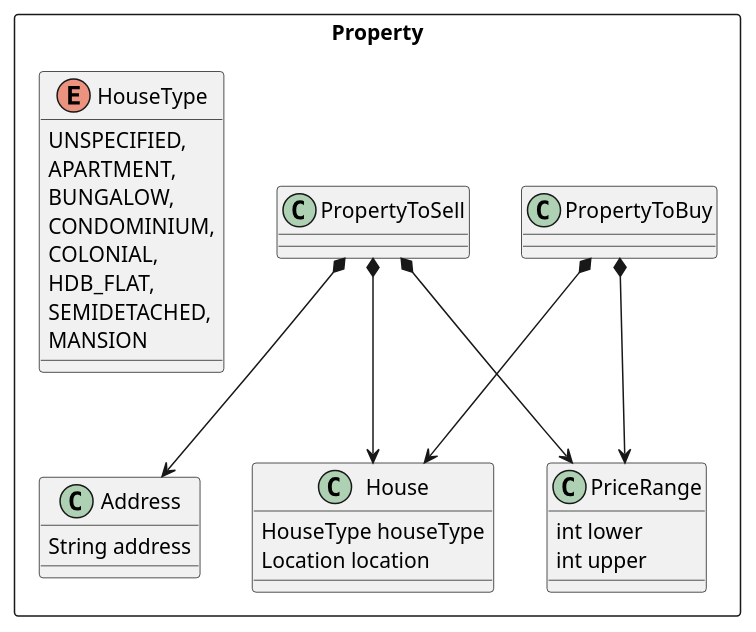
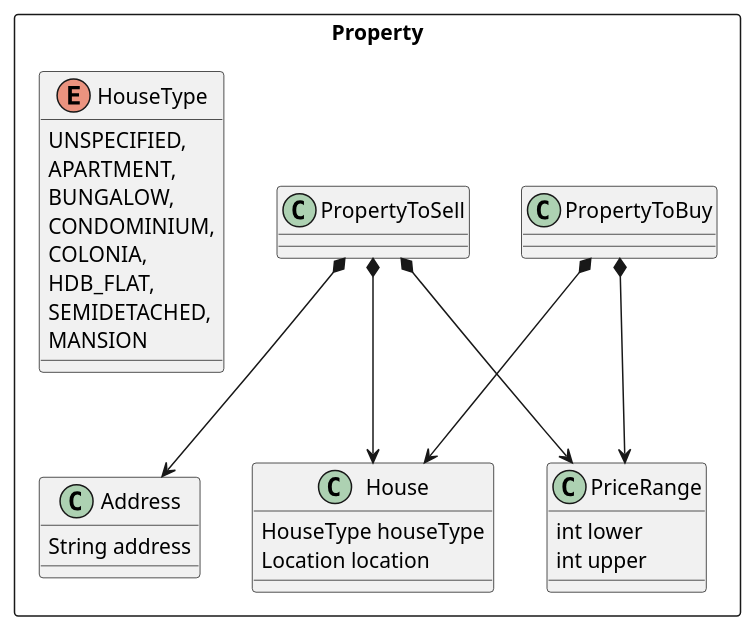
One commit to nus-cs2103-AY2122S2/tp changed the diagram in docs/diagrams/PropertyClassDiagram.puml. Above: the diagram before and after it, drawn with PlantUML.

Commit message:
Fix spelling

```diff
--- a/docs/diagrams/PropertyClassDiagram.puml
+++ b/docs/diagrams/PropertyClassDiagram.puml
@@ -1,45 +1,45 @@
 @startuml
 'https://plantuml.com/class-diagram
 
 
 Package Property <<Rectangle>>{
 
 class PropertyToBuy
 class PropertyToSell
 
 class PriceRange{
 int lower
 int upper
 }
 
 class Address {
 String address
 }
 class House {
 HouseType houseType
 Location location
 }
 
 enum HouseType {
 UNSPECIFIED,
 APARTMENT,
 BUNGALOW,
 CONDOMINIUM,
-COLONIAL,
+COLONIA,
 HDB_FLAT,
 SEMIDETACHED,
 MANSION
 }
 
 
 }
 
 PropertyToBuy *--> House
 PropertyToBuy *--> PriceRange
 
 PropertyToSell *--> House
 PropertyToSell *--> PriceRange
 PropertyToSell *--> Address
 
 
 @enduml
```
